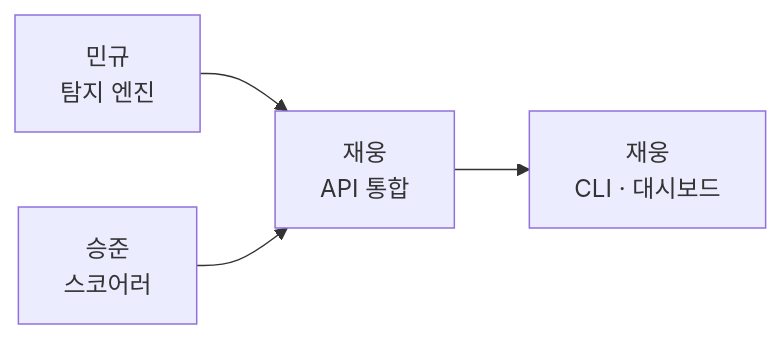
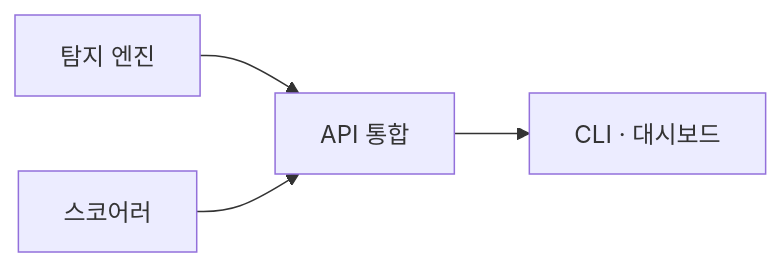
One commit to jeonmin0716002-sketch/Supply-Unchained changed the sixth of 7 diagrams in README.md. Above: the diagram before and after it, drawn with Mermaid. The commit also changed other lines of this file, not shown here.

````diff
--- a/README.md
+++ b/README.md
@@ -320,6 +322,6 @@
 ```mermaid
 flowchart LR
-    M["민규<br/>탐지 엔진"] --> API
-    S["승준<br/>스코어러"] --> API
-    API["재웅<br/>API 통합"] --> UI["재웅<br/>CLI · 대시보드"]
+    ENGINE["탐지 엔진"] --> API
+    SCORE["스코어러"] --> API
+    API["API 통합"] --> UI["CLI · 대시보드"]
 ```
````
